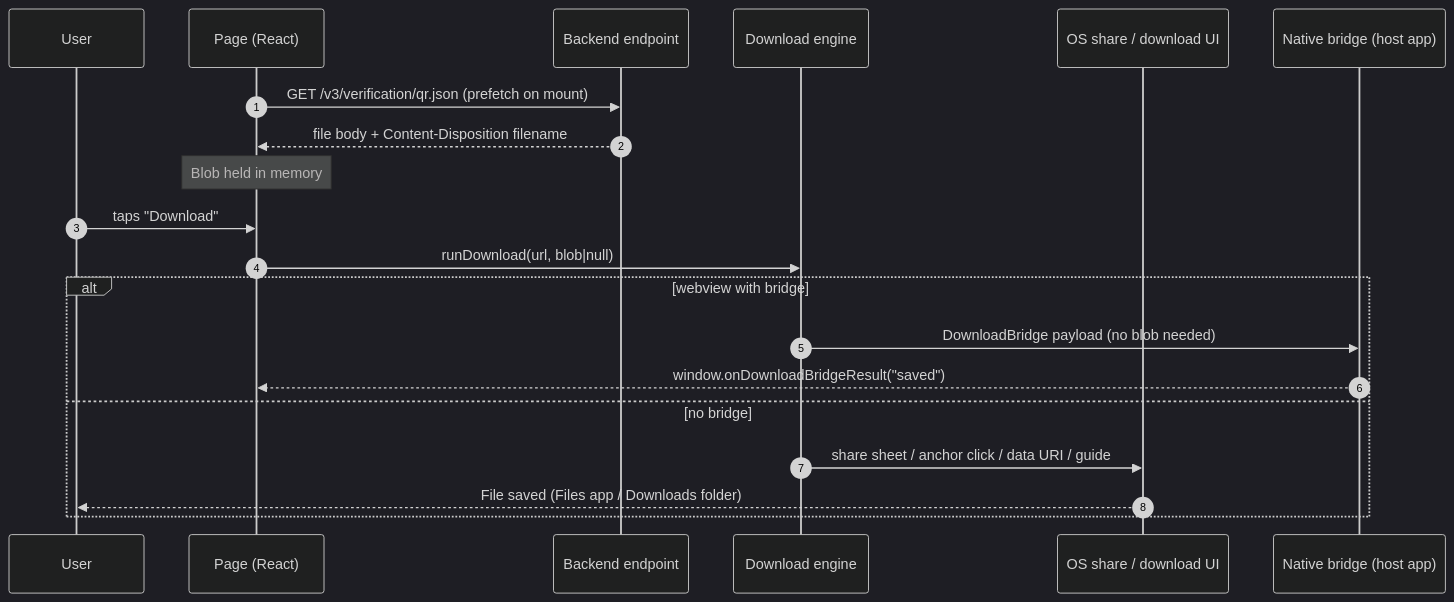
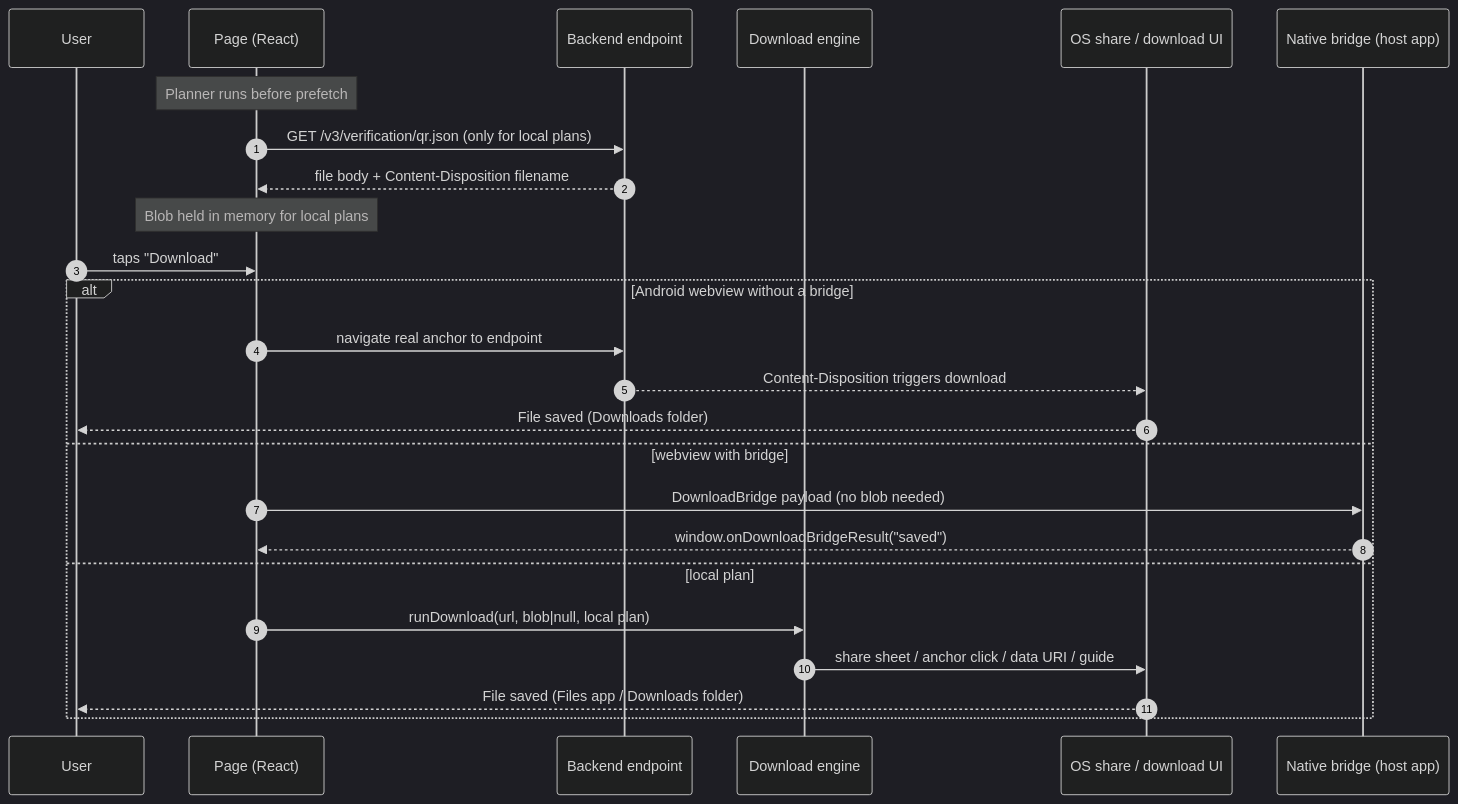
Before and after one commit to rakuya-khun/file-download-ios-simulation: the third of 5 diagrams in docs/download-flow.md, drawn with Mermaid (dark theme). The commit also changed other lines of this file and 11 other files, not shown here.

First line of the commit message:
fix: use server attachment downloads on Android webviews

````diff
--- a/docs/download-flow.md
+++ b/docs/download-flow.md
@@ -80,23 +82,28 @@
 ```mermaid
 sequenceDiagram
     autonumber
     participant U as User
     participant P as Page (React)
     participant E as Backend endpoint
     participant G as Download engine
     participant OS as OS share / download UI
     participant N as Native bridge (host app)
 
-    P->>E: GET /v3/verification/qr.json (prefetch on mount)
+    Note over P: Planner runs before prefetch
+    P->>E: GET /v3/verification/qr.json (only for local plans)
     E-->>P: file body + Content-Disposition filename
-    Note over P: Blob held in memory
+    Note over P: Blob held in memory for local plans
     U->>P: taps "Download"
-    P->>G: runDownload(url, blob|null)
-    alt webview with bridge
-        G->>N: DownloadBridge payload (no blob needed)
+    alt Android webview without a bridge
+        P->>E: navigate real anchor to endpoint
+        E-->>OS: Content-Disposition triggers download
+        OS-->>U: File saved (Downloads folder)
+    else webview with bridge
+        P->>N: DownloadBridge payload (no blob needed)
         N-->>P: window.onDownloadBridgeResult("saved")
-    else no bridge
+    else local plan
+        P->>G: runDownload(url, blob|null, local plan)
         G->>OS: share sheet / anchor click / data URI / guide
         OS-->>U: File saved (Files app / Downloads folder)
     end
 ```
````
